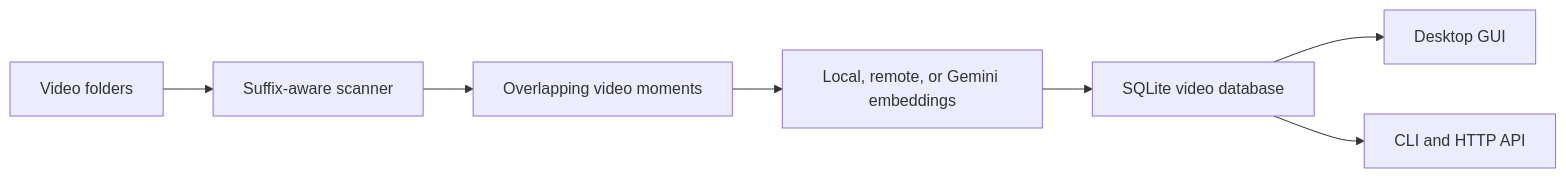
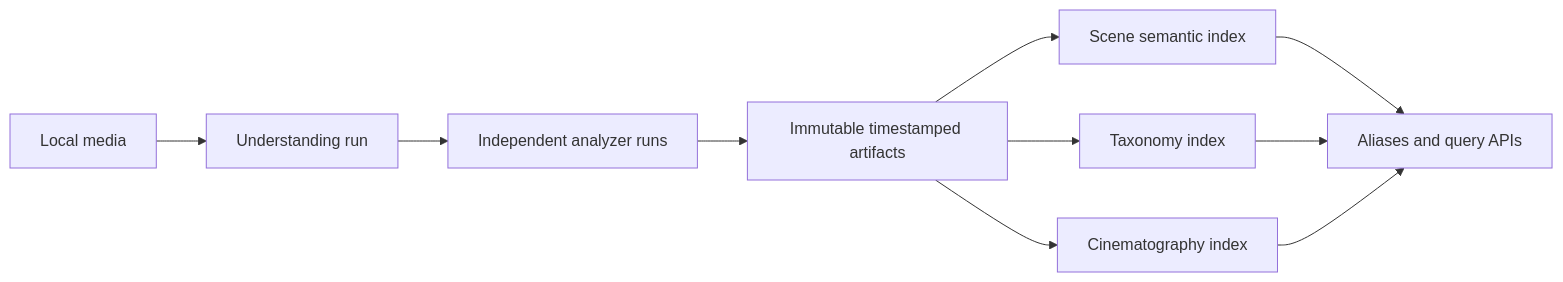
The diagram in README.md (pastvideo/PastVideo), drawn with Mermaid before and after one commit. The commit also changed other lines of this file and 11 other files, not shown here.

Commit message:
feat: add durable artifact multi-index architecture

````diff
--- a/README.md
+++ b/README.md
@@ -181,9 +234,12 @@
 ```mermaid
 flowchart LR
-    F["Video folders"] --> S["Suffix-aware scanner"]
-    S --> C["Overlapping video moments"]
-    C --> E["Local, remote, or Gemini embeddings"]
-    E --> D["SQLite video database"]
-    D --> U["Desktop GUI"]
-    D --> A["CLI and HTTP API"]
+    M["Local media"] --> U["Understanding run"]
+    U --> A["Independent analyzer runs"]
+    A --> R["Immutable timestamped artifacts"]
+    R --> I1["Scene semantic index"]
+    R --> I2["Taxonomy index"]
+    R --> I3["Cinematography index"]
+    I1 --> Q["Aliases and query APIs"]
+    I2 --> Q
+    I3 --> Q
 ```
````
